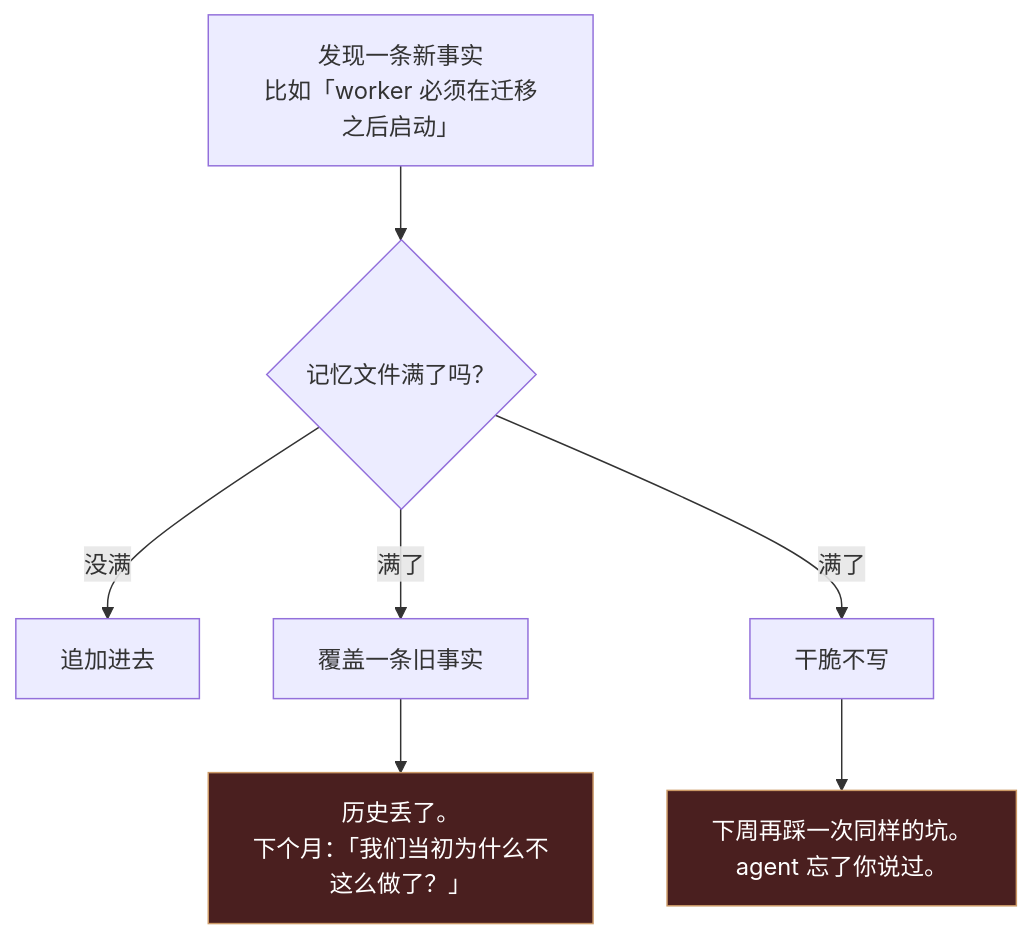
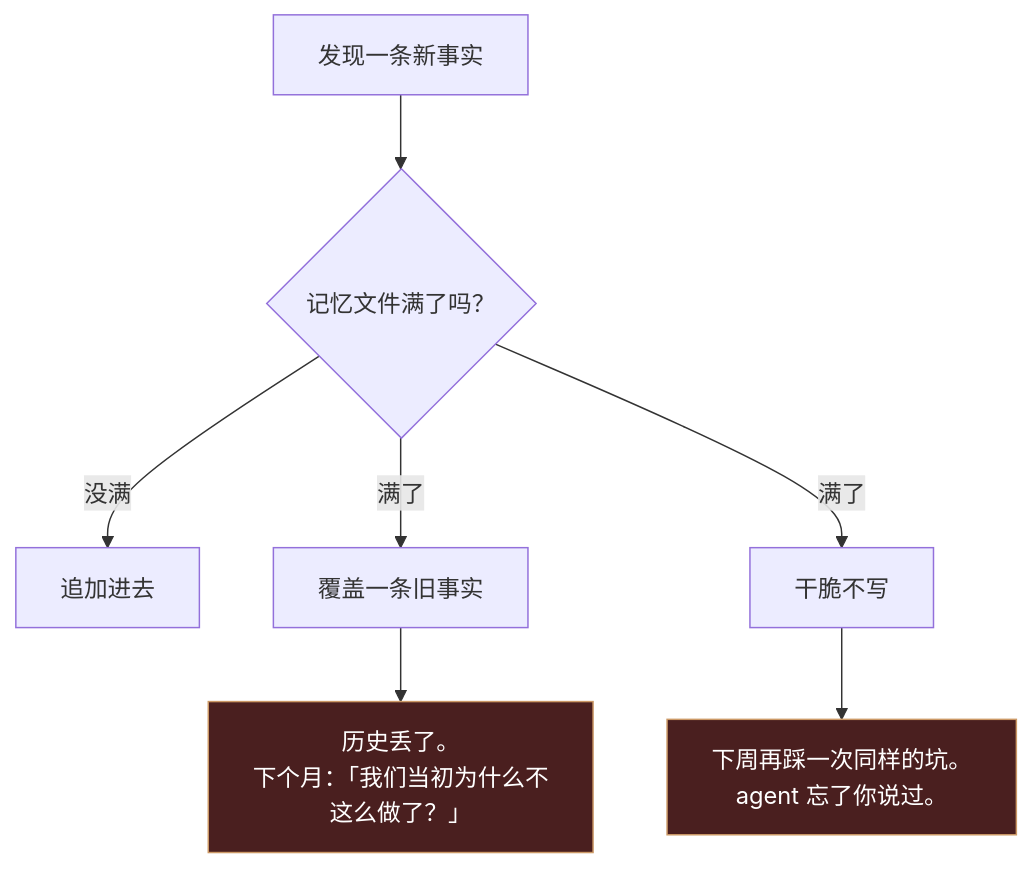
One commit to QINXIN111/tiered-memory changed the second of 6 diagrams in README.zh-CN.md. Above: the diagram before and after it, drawn with Mermaid. The commit also changed other lines of this file and 1 other file, not shown here.

Commit message:
docs: simplify a diagram node

````diff
--- a/README.zh-CN.md
+++ b/README.zh-CN.md
@@ -42,11 +43,11 @@
 ```mermaid
 flowchart TD
-    A["发现一条新事实<br/>比如「worker 必须在迁移之后启动」"] --> B{"记忆文件满了吗？"}
+    A["发现一条新事实"] --> B{"记忆文件满了吗？"}
     B -- 没满 --> C["追加进去"]
     B -- 满了 --> D["覆盖一条旧事实"]
     B -- 满了 --> E["干脆不写"]
     D --> F["历史丢了。<br/>下个月：「我们当初为什么不这么做了？」"]
     E --> G["下周再踩一次同样的坑。<br/>agent 忘了你说过。"]
     style F fill:#4a1f1f,stroke:#c96,color:#fff
     style G fill:#4a1f1f,stroke:#c96,color:#fff
 ```
````
